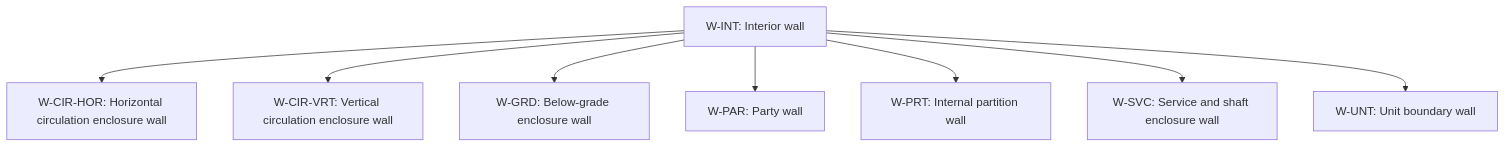
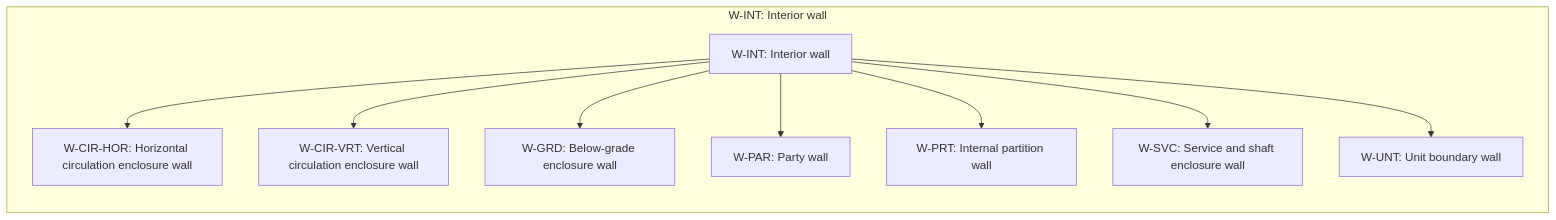
The diagram in site/.md-src/classification/separator-wall-role.md (simondilhas/pragmatic-bim-data-contract), drawn with Mermaid before and after one commit. The commit also changed 561 other files, not shown here.

First line of the commit message:
Integrate Mermaid and Panzoom for enhanced documentation visualization

````diff
--- a/site/.md-src/classification/separator-wall-role.md
+++ b/site/.md-src/classification/separator-wall-role.md
@@ -15,10 +15,13 @@
 ```mermaid
 flowchart TD
-  n_W_INT["W-INT: Interior wall"] --> n_W_CIR_HOR["W-CIR-HOR: Horizontal circulation enclosure wall"]
-  n_W_INT["W-INT: Interior wall"] --> n_W_CIR_VRT["W-CIR-VRT: Vertical circulation enclosure wall"]
-  n_W_INT["W-INT: Interior wall"] --> n_W_GRD["W-GRD: Below-grade enclosure wall"]
-  n_W_INT["W-INT: Interior wall"] --> n_W_PAR["W-PAR: Party wall"]
-  n_W_INT["W-INT: Interior wall"] --> n_W_PRT["W-PRT: Internal partition wall"]
-  n_W_INT["W-INT: Interior wall"] --> n_W_SVC["W-SVC: Service and shaft enclosure wall"]
-  n_W_INT["W-INT: Interior wall"] --> n_W_UNT["W-UNT: Unit boundary wall"]
+  subgraph root_W_INT ["W-INT: Interior wall"]
+    direction TB
+    n_W_INT["W-INT: Interior wall"] --> n_W_CIR_HOR["W-CIR-HOR: Horizontal circulation enclosure wall"]
+    n_W_INT["W-INT: Interior wall"] --> n_W_CIR_VRT["W-CIR-VRT: Vertical circulation enclosure wall"]
+    n_W_INT["W-INT: Interior wall"] --> n_W_GRD["W-GRD: Below-grade enclosure wall"]
+    n_W_INT["W-INT: Interior wall"] --> n_W_PAR["W-PAR: Party wall"]
+    n_W_INT["W-INT: Interior wall"] --> n_W_PRT["W-PRT: Internal partition wall"]
+    n_W_INT["W-INT: Interior wall"] --> n_W_SVC["W-SVC: Service and shaft enclosure wall"]
+    n_W_INT["W-INT: Interior wall"] --> n_W_UNT["W-UNT: Unit boundary wall"]
+  end
 ```
````
